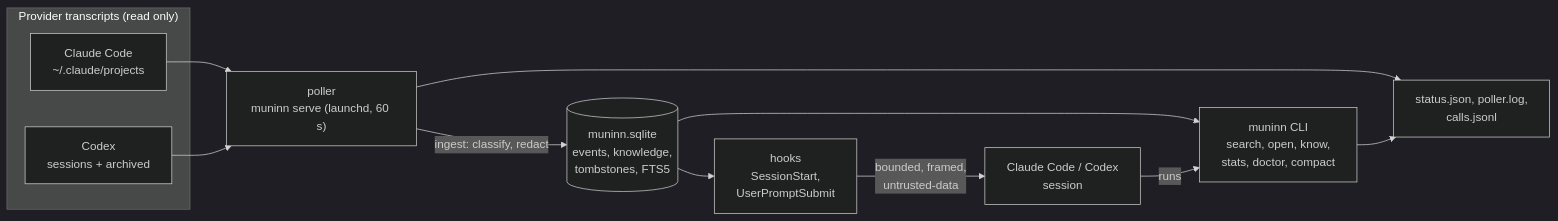
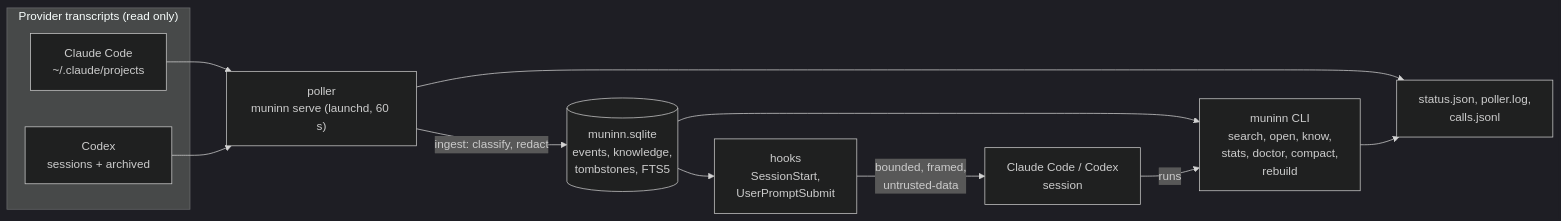
One commit to blueman82/muninn changed the diagram in docs/ARCHITECTURE.md. Above: the diagram before and after it, drawn with Mermaid (dark theme). The commit also changed other lines of this file and 15 other files, not shown here.

````diff
--- a/docs/ARCHITECTURE.md
+++ b/docs/ARCHITECTURE.md
@@ -3,22 +3,22 @@
 ```mermaid
 flowchart LR
   subgraph Providers["Provider transcripts (read only)"]
     CC["Claude Code<br/>~/.claude/projects"]
     CX["Codex<br/>sessions + archived"]
   end
   P["poller<br/>muninn serve (launchd, 60 s)"]
   DB[("muninn.sqlite<br/>events, knowledge,<br/>tombstones, FTS5")]
-  CLI["muninn CLI<br/>search, open, know,<br/>stats, doctor, compact"]
+  CLI["muninn CLI<br/>search, open, know,<br/>stats, doctor, compact,<br/>rebuild"]
   H["hooks<br/>SessionStart,<br/>UserPromptSubmit"]
   A["Claude Code / Codex<br/>session"]
   L["status.json, poller.log,<br/>calls.jsonl"]
   CC --> P
   CX --> P
   P -->|"ingest: classify, redact"| DB
   P --> L
   DB --> CLI
   DB --> H
   H -->|"bounded, framed,<br/>untrusted-data"| A
   A -->|"runs"| CLI
   CLI --> L
 ```
````
